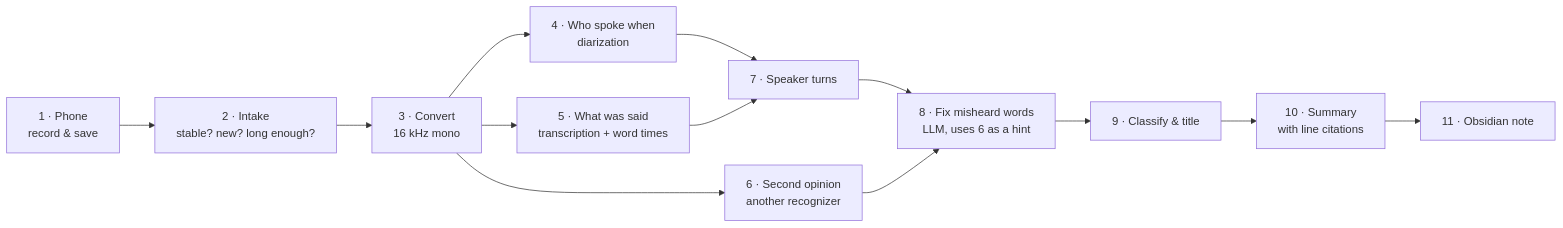
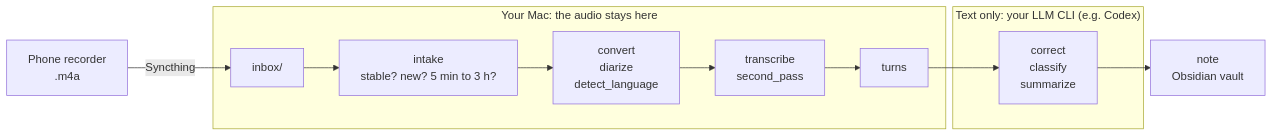
One commit to minigold92/rec2vault changed the diagram in docs/how-it-works.md. Above: the diagram before and after it, drawn with Mermaid. The commit also changed other lines of this file and 167 other files, not shown here.

````diff
--- a/docs/how-it-works.md
+++ b/docs/how-it-works.md
@@ -26,15 +17,14 @@
 ```mermaid
 flowchart LR
-  A["1 · Phone<br/>record & save"] --> B["2 · Intake<br/>stable? new? long enough?"]
-  B --> C["3 · Convert<br/>16 kHz mono"]
-  C --> D["4 · Who spoke when<br/>diarization"]
-  C --> E["5 · What was said<br/>transcription + word times"]
-  C --> F["6 · Second opinion<br/>another recognizer"]
-  D --> G["7 · Speaker turns"]
-  E --> G
-  G --> H["8 · Fix misheard words<br/>LLM, uses 6 as a hint"]
-  F --> H
-  H --> I["9 · Classify & title"]
-  I --> J["10 · Summary<br/>with line citations"]
-  J --> K["11 · Obsidian note"]
+  A["Phone recorder<br/>.m4a"] -->|Syncthing| B["inbox/"]
+  subgraph MAC["Your Mac: the audio stays here"]
+    B --> C["intake<br/>stable? new? 5 min to 3 h?"]
+    C --> D["convert<br/>diarize<br/>detect_language"]
+    D --> E["transcribe<br/>second_pass"]
+    E --> F["turns"]
+  end
+  subgraph CLI["Text only: your LLM CLI (e.g. Codex)"]
+    G["correct<br/>classify<br/>summarize"]
+  end
+  F --> G --> H["note<br/>Obsidian vault"]
 ```
````
